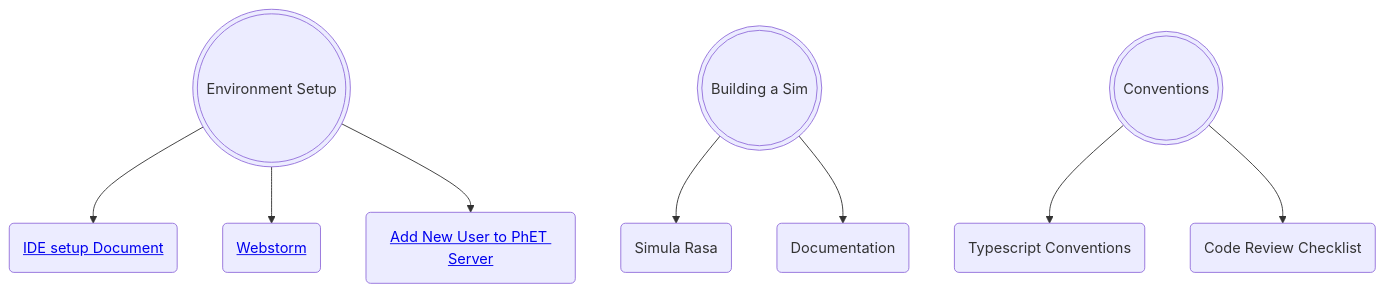
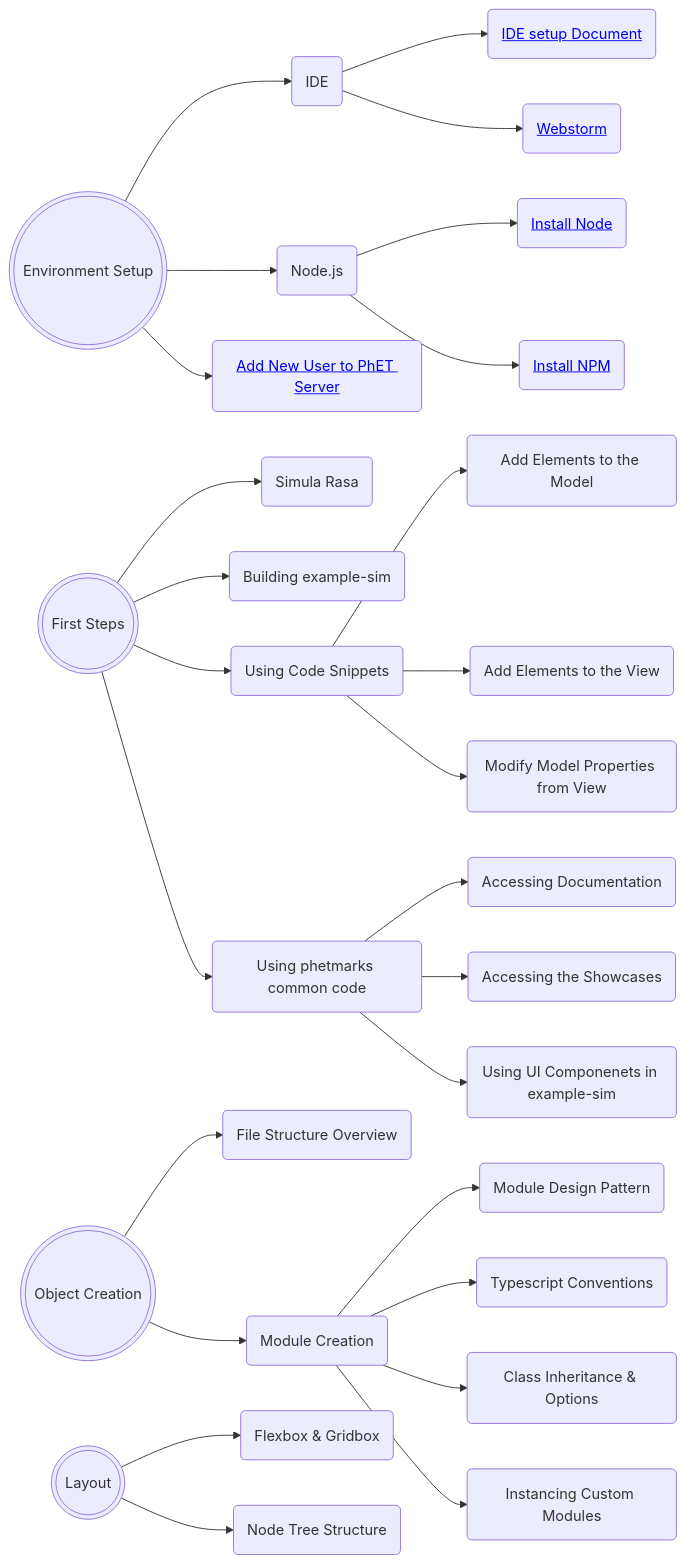
Before and after one commit to phetsims/phet-info: the diagram in doc/new-dev-onboarding.md, drawn with Mermaid.

Commit message:
Update flowchart to meet possible Structure image in Reading-Club Slack Channel

````diff
--- a/doc/new-dev-onboarding.md
+++ b/doc/new-dev-onboarding.md
@@ -86,9 +86,16 @@
 ```mermaid
-flowchart TD
+flowchart LR
   A(((Environment Setup)))
-  B(((Building a Sim)))
-  C(((Conventions)))
-  A-->A1( <a href='http://google.com'>IDE setup Document</a>) & A2(<a href='https://www.jetbrains.com/webstorm/'>Webstorm</a>) & A3(<a href='https://github.com/phetsims/website#adding-new-users-to-phets-servers-so-a-user-can-upload-a-dev-version-or-participate-in-web-developmen'>Add New User to PhET Server</a>)
-  B-->B1(Simula Rasa) & B2(Documentation)
-  C-->C1(Typescript Conventions) & C2(Code Review Checklist)
+  B(((First Steps)))
+  C(((Object Creation)))
+  D(((Layout)))
+  A-->A1(IDE) & A2(Node.js) & A3(<a href='https://github.com/phetsims/website#adding-new-users-to-phets-servers-so-a-user-can-upload-a-dev-version-or-participate-in-web-developmen'>Add New User to PhET Server</a>)
+  A1-->A1.1(<a href='http://google.com'>IDE setup Document</a>) & A1.2(<a href='https://www.jetbrains.com/webstorm/'>Webstorm</a>)
+  A2-->A2.1(<a href='https://nodejs.org/en/download/'>Install Node</a>) & A2.2(<a href='https://docs.npmjs.com/cli/v8/commands/npm-install'>Install NPM</a>)
+  B-->B1(Simula Rasa) & B2(Building example-sim) & B3(Using Code Snippets) & B4(Using phetmarks common code)
+  B3-->B3.1(Add Elements to the Model) & B3.2(Add Elements to the View) & B3.3(Modify Model Properties from View)
+  B4-->B4.1(Accessing Documentation) & B4.2(Accessing the Showcases) & B4.3(Using UI Componenets in example-sim)
+  C-->C1(File Structure Overview) & C2(Module Creation)
+  C2-->C2.1(Module Design Pattern) & C2.2(Typescript Conventions) & C2.3(Class Inheritance & Options) & C2.4(Instancing Custom Modules)
+  D-->D1(Flexbox & Gridbox) & D2(Node Tree Structure)
 ```
````
